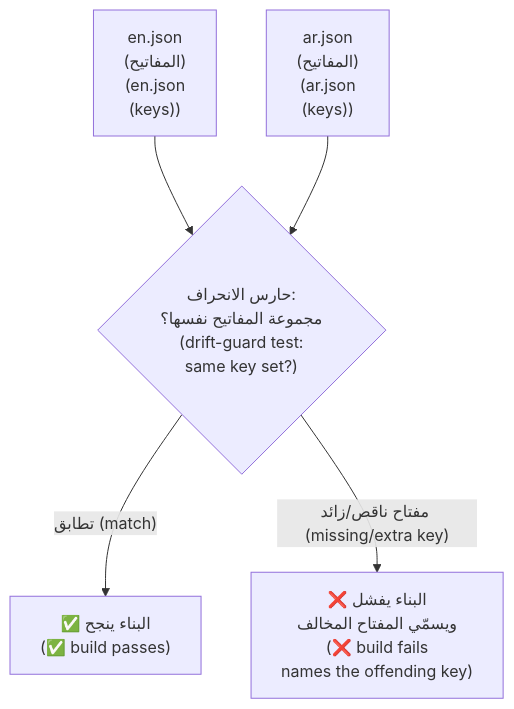
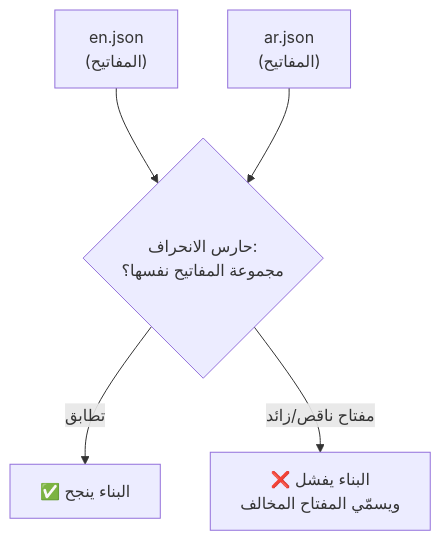
Before and after one commit to Tamoura/system-design-for-vibe-coders: the second of 5 diagrams in modules/11-reaching-the-world/module.ar.md, drawn with Mermaid. The commit also changed other lines of this file and 551 other files, not shown here.

````diff
--- a/modules/11-reaching-the-world/module.ar.md
+++ b/modules/11-reaching-the-world/module.ar.md
@@ -140,7 +140,7 @@
 ```mermaid
 flowchart TD
-    EN["en.json<br/>(المفاتيح)<br/>(en.json<br/>(keys))"] --> G{"حارس الانحراف:<br/>مجموعة المفاتيح نفسها؟<br/>(drift-guard test:<br/>same key set?)"}
-    AR["ar.json<br/>(المفاتيح)<br/>(ar.json<br/>(keys))"] --> G
-    G -->|"تطابق (match)"| P["✅ البناء ينجح<br/>(✅ build passes)"]
-    G -->|"مفتاح ناقص/زائد (missing/extra key)"| F["❌ البناء يفشل<br/>ويسمّي المفتاح المخالف<br/>(❌ build fails<br/>names the offending key)"]
+    EN["en.json<br/>(المفاتيح)"] --> G{"حارس الانحراف:<br/>مجموعة المفاتيح نفسها؟"}
+    AR["ar.json<br/>(المفاتيح)"] --> G
+    G -->|"تطابق"| P["✅ البناء ينجح"]
+    G -->|"مفتاح ناقص/زائد"| F["❌ البناء يفشل<br/>ويسمّي المفتاح المخالف"]
 ```
````
